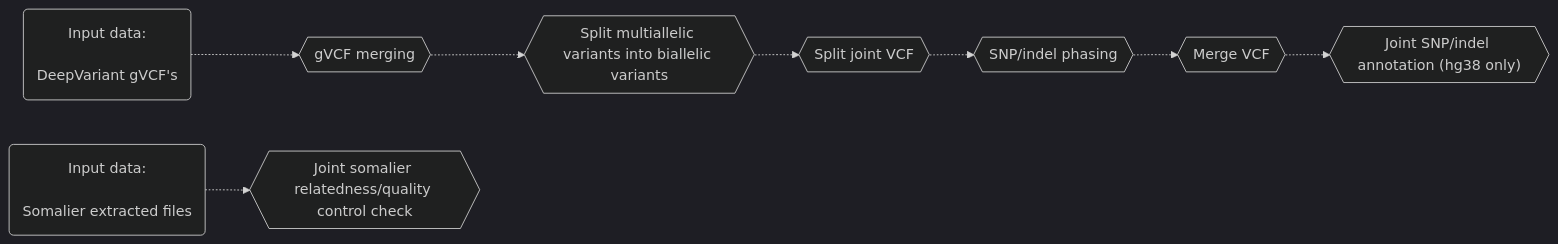
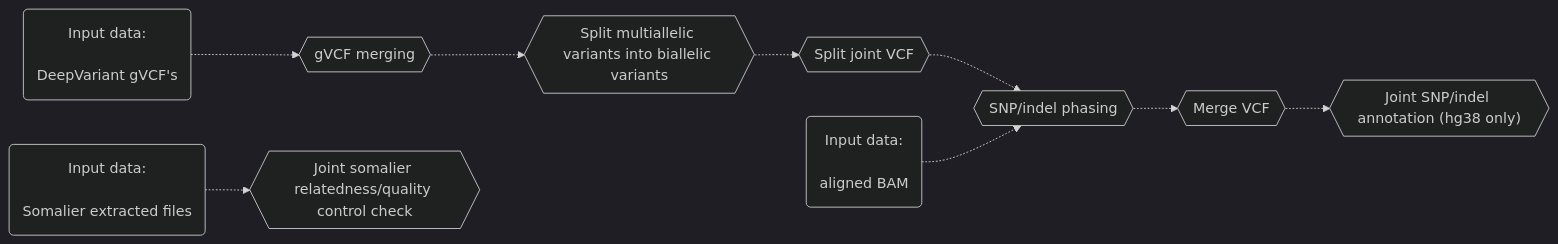
The diagram in docs/popface/info.md (leahkemp/pipeface), drawn with Mermaid before and after one commit.

Commit message:
update popface mermaid

````diff
--- a/docs/popface/info.md
+++ b/docs/popface/info.md
@@ -5,19 +5,21 @@
 ```mermaid
 %%{init: {'theme':'dark'}}%%
 flowchart LR
 
 input_gvcf("Input data: <br><br> DeepVariant gVCF's")
+input_bam("Input data: <br><br> aligned BAM")
 gvcf_merging{{"gVCF merging"}}
 joint_split_multiallele{{"Split multiallelic variants into biallelic variants"}}
 split_vcf{{"Split joint VCF"}}
 snp_indel_phasing{{"SNP/indel phasing"}}
 merge_vcf{{"Merge VCF"}}
 joint_snp_indel_annotation{{"Joint SNP/indel annotation (hg38 only)"}}
 
 input_somalier("Input data: <br><br> Somalier extracted files")
 joint_somalier{{"Joint somalier relatedness/quality control check"}}
 
 input_gvcf-.->gvcf_merging-.->joint_split_multiallele-.->split_vcf-.->snp_indel_phasing-.->merge_vcf-.->joint_snp_indel_annotation
+input_bam-.->snp_indel_phasing
 input_somalier-.->joint_somalier
 
 ```
````
